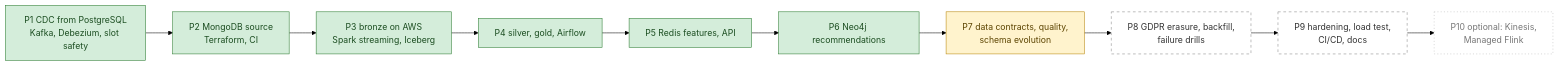
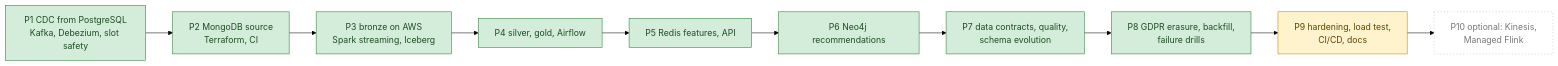
Before and after one commit to SouhailBourhim/TheLook_CDC_LakeHouse: diagram 12 of 12 in docs/architecture.md, drawn with Mermaid (forest theme). The commit also changed other lines of this file and 8 other files, not shown here.

First line of the commit message:
docs(readme): diagrams and charts of measured results

````diff
--- a/docs/architecture.md
+++ b/docs/architecture.md
@@ -571,18 +571,18 @@
 ```mermaid
 flowchart LR
   P1["P1 CDC from PostgreSQL<br/>Kafka, Debezium, slot safety"]:::done
   P2["P2 MongoDB source<br/>Terraform, CI"]:::done
   P3["P3 bronze on AWS<br/>Spark streaming, Iceberg"]:::done
   P4["P4 silver, gold, Airflow"]:::done
   P5["P5 Redis features, API"]:::done
   P6["P6 Neo4j recommendations"]:::done
-  P7["P7 data contracts, quality,<br/>schema evolution"]:::active
-  P8["P8 GDPR erasure, backfill,<br/>failure drills"]:::planned
-  P9["P9 hardening, load test,<br/>CI/CD, docs"]:::planned
+  P7["P7 data contracts, quality,<br/>schema evolution"]:::done
+  P8["P8 GDPR erasure, backfill,<br/>failure drills"]:::done
+  P9["P9 hardening, load test,<br/>CI/CD, docs"]:::active
   P10["P10 optional: Kinesis,<br/>Managed Flink"]:::optional
   P1 --> P2 --> P3 --> P4 --> P5 --> P6 --> P7 --> P8 --> P9 --> P10
   classDef done fill:#d4edda,stroke:#2e7d32,color:#1b4d20
   classDef active fill:#fff3cd,stroke:#b8860b,color:#5c4400
   classDef planned fill:#ffffff,stroke:#888888,stroke-dasharray: 5 5,color:#333333
   classDef optional fill:#ffffff,stroke:#bbbbbb,stroke-dasharray: 2 4,color:#777777
 ```
````
